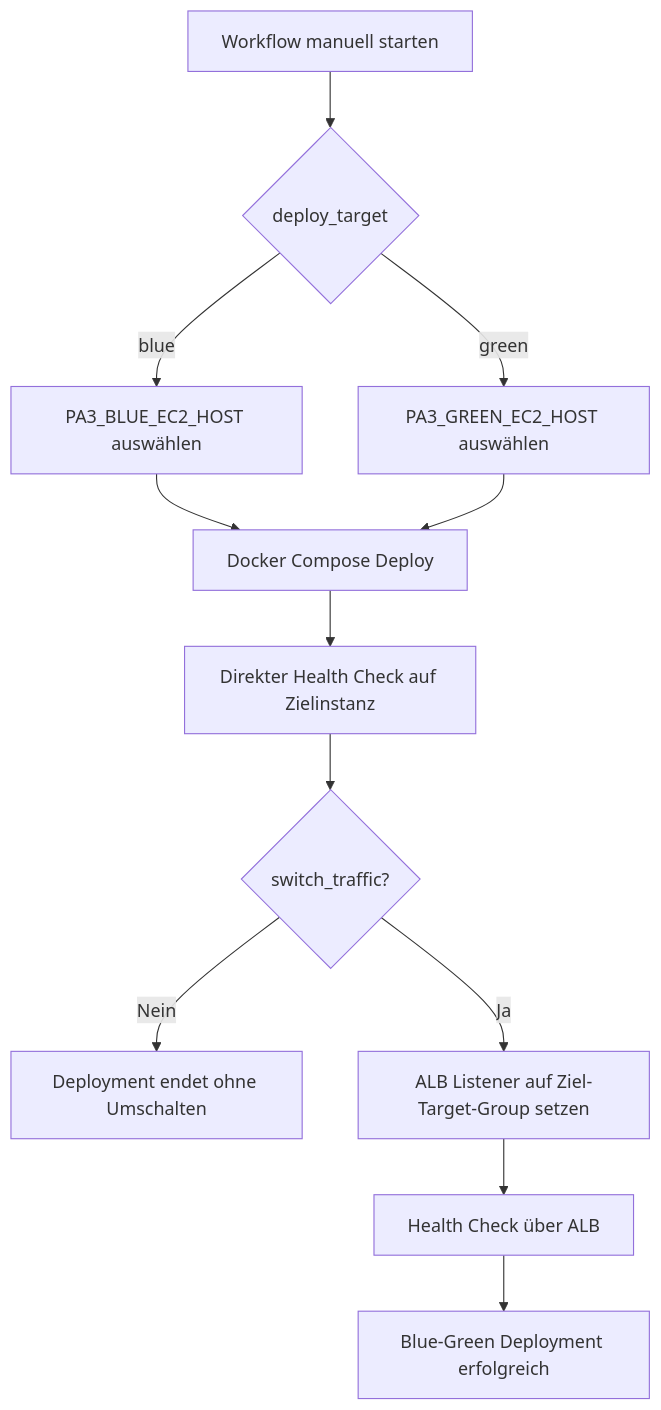
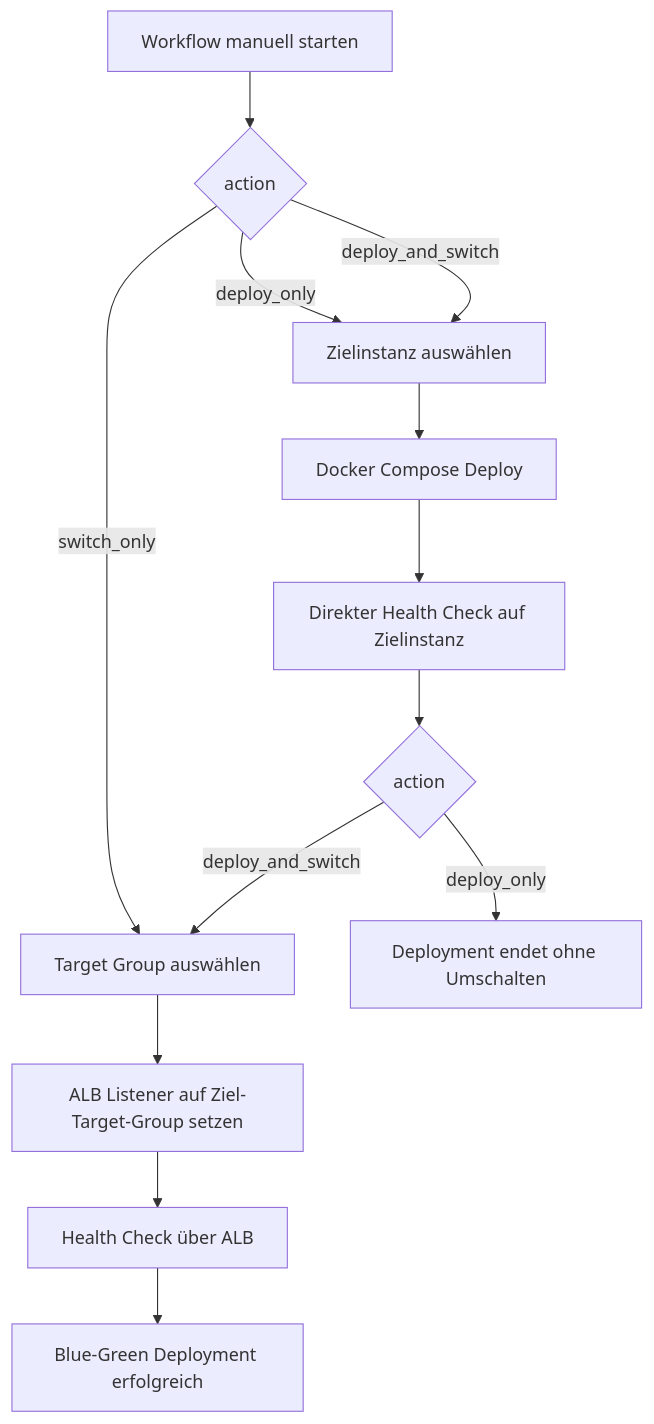
Before and after one commit to armindoerzbachtbz/praxis-day08: the third of 4 diagrams in README.md, drawn with Mermaid. The commit also changed other lines of this file and 1 other file, not shown here.

Commit message:
verbesserung switch_traffic

````diff
--- a/README.md
+++ b/README.md
@@ -709,14 +723,15 @@
 ```mermaid
 flowchart TD
-    A[Workflow manuell starten] --> B{deploy_target}
-    B -->|blue| C[PA3_BLUE_EC2_HOST auswählen]
-    B -->|green| D[PA3_GREEN_EC2_HOST auswählen]
-    C --> E[Docker Compose Deploy]
-    D --> E[Docker Compose Deploy]
-    E --> F[Direkter Health Check auf Zielinstanz]
-    F --> G{switch_traffic?}
-    G -->|Nein| H[Deployment endet ohne Umschalten]
-    G -->|Ja| I[ALB Listener auf Ziel-Target-Group setzen]
+    A[Workflow manuell starten] --> B{action}
+    B -->|deploy_only| C[Zielinstanz auswählen]
+    B -->|deploy_and_switch| C
+    B -->|switch_only| H[Target Group auswählen]
+    C --> D[Docker Compose Deploy]
+    D --> E[Direkter Health Check auf Zielinstanz]
+    E --> F{action}
+    F -->|deploy_only| G[Deployment endet ohne Umschalten]
+    F -->|deploy_and_switch| H
+    H --> I[ALB Listener auf Ziel-Target-Group setzen]
     I --> J[Health Check über ALB]
     J --> K[Blue-Green Deployment erfolgreich]
 ```
````
